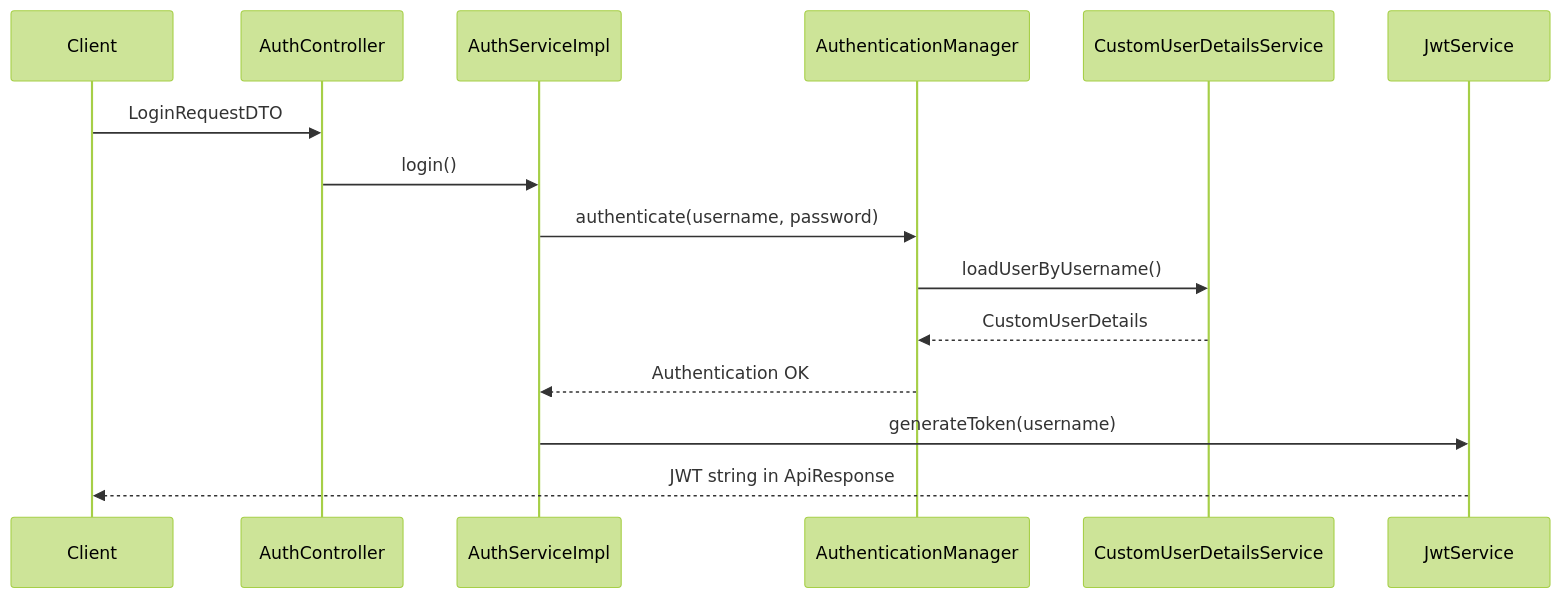
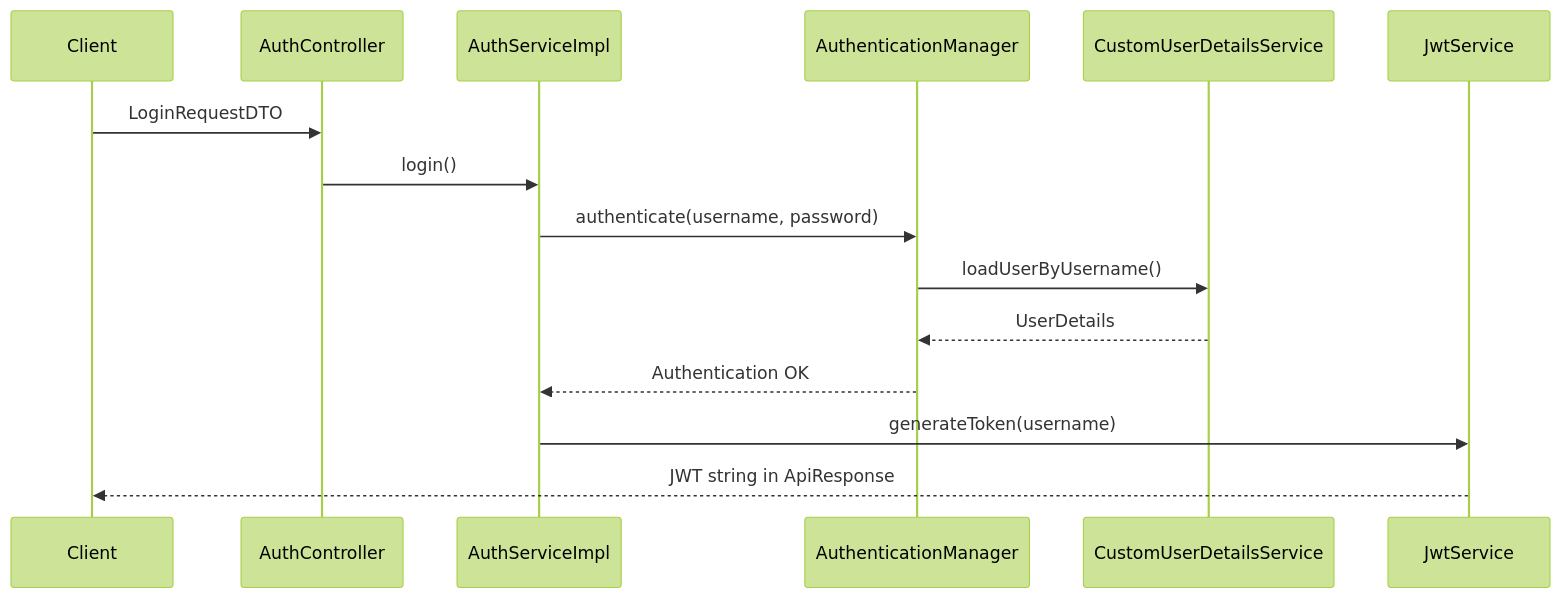
One commit to sunilrawatofficial/task-management-system changed the third of 5 diagrams in README.md. Above: the diagram before and after it, drawn with Mermaid (forest theme). The commit also changed other lines of this file and 2 other files, not shown here.

````diff
--- a/README.md
+++ b/README.md
@@ -92,18 +92,18 @@
 ```mermaid
 sequenceDiagram
     participant C as Client
     participant AC as AuthController
     participant AS as AuthServiceImpl
     participant AM as AuthenticationManager
     participant UDS as CustomUserDetailsService
     participant JWT as JwtService
 
     C->>AC: LoginRequestDTO
     AC->>AS: login()
     AS->>AM: authenticate(username, password)
     AM->>UDS: loadUserByUsername()
-    UDS-->>AM: CustomUserDetails
+    UDS-->>AM: UserDetails
     AM-->>AS: Authentication OK
     AS->>JWT: generateToken(username)
     JWT-->>C: JWT string in ApiResponse
 ```
````
